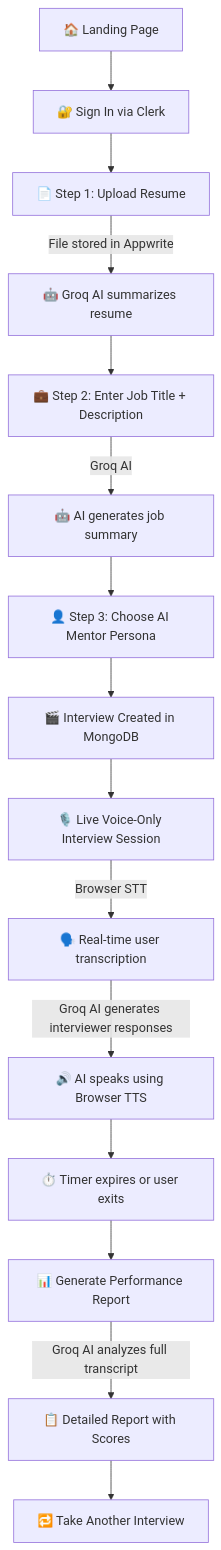
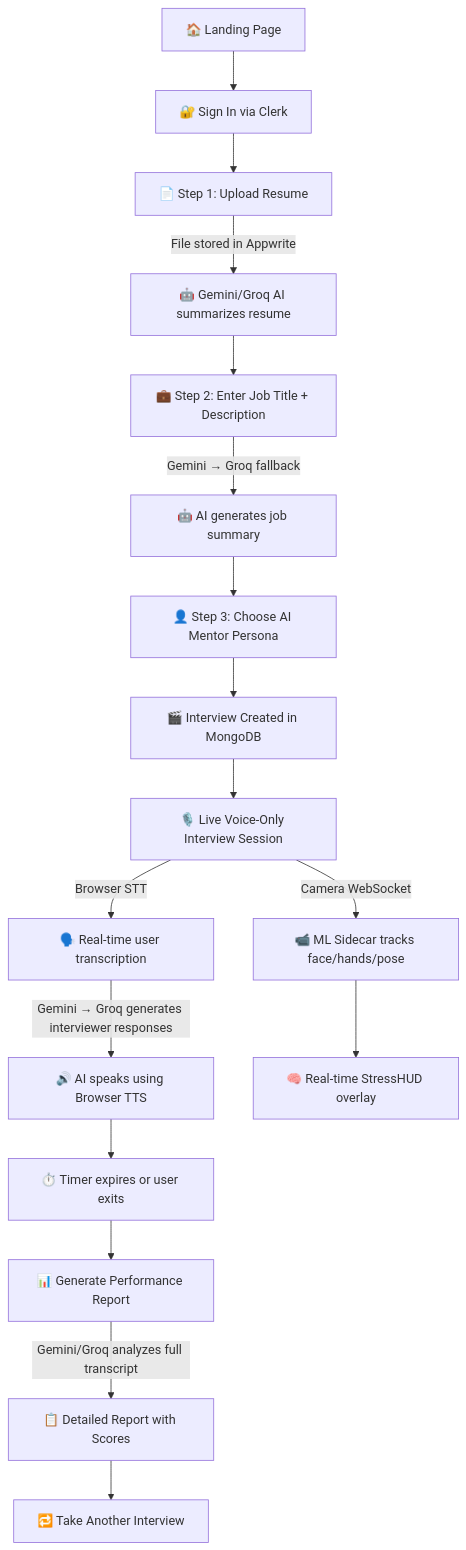
One commit to ShivamYash742/NexHack-Pro changed the diagram in README.md. Above: the diagram before and after it, drawn with Mermaid. The commit also changed other lines of this file and 2 other files, not shown here.

````diff
--- a/README.md
+++ b/README.md
@@ -24,17 +38,19 @@
 ```mermaid
 flowchart TD
-    A[🏠 Landing Page] --> B[🔐 Sign In via Clerk]
-    B --> C[📄 Step 1: Upload Resume]
-    C -->|File stored in Appwrite| D[🤖 Groq AI summarizes resume]
-    D --> E[💼 Step 2: Enter Job Title + Description]
-    E -->|Groq AI| F[🤖 AI generates job summary]
-    F --> G[👤 Step 3: Choose AI Mentor Persona]
-    G --> H[🎬 Interview Created in MongoDB]
-    H --> I[🎙️ Live Voice-Only Interview Session]
-    I -->|Browser STT| J[🗣️ Real-time user transcription]
-    J -->|Groq AI generates interviewer responses| K[🔊 AI speaks using Browser TTS]
-    K --> L[⏱️ Timer expires or user exits]
-    L --> M[📊 Generate Performance Report]
-    M -->|Groq AI analyzes full transcript| N[📋 Detailed Report with Scores]
-    N --> O[🔁 Take Another Interview]
+    A["🏠 Landing Page"] --> B["🔐 Sign In via Clerk"]
+    B --> C["📄 Step 1: Upload Resume"]
+    C -->|File stored in Appwrite| D["🤖 Gemini/Groq AI summarizes resume"]
+    D --> E["💼 Step 2: Enter Job Title + Description"]
+    E -->|"Gemini → Groq fallback"| F["🤖 AI generates job summary"]
+    F --> G["👤 Step 3: Choose AI Mentor Persona"]
+    G --> H["🎬 Interview Created in MongoDB"]
+    H --> I["🎙️ Live Voice-Only Interview Session"]
+    I -->|Browser STT| J["🗣️ Real-time user transcription"]
+    J -->|"Gemini → Groq generates interviewer responses"| K["🔊 AI speaks using Browser TTS"]
+    I -->|Camera WebSocket| L["📹 ML Sidecar tracks face/hands/pose"]
+    L --> M["🧠 Real-time StressHUD overlay"]
+    K --> N["⏱️ Timer expires or user exits"]
+    N --> O["📊 Generate Performance Report"]
+    O -->|"Gemini/Groq analyzes full transcript"| P["📋 Detailed Report with Scores"]
+    P --> Q["🔁 Take Another Interview"]
 ```
````
